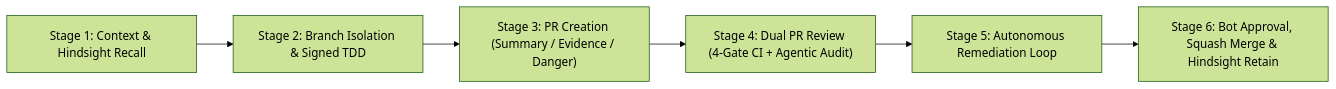
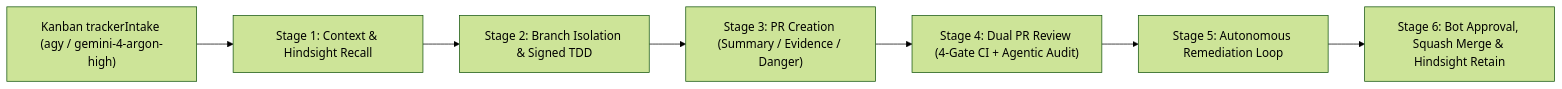
One commit to TinkeringDao/Woke-Bose changed the diagram in docs/agents/autonomous-pipeline.md. Above: the diagram before and after it, drawn with Mermaid (forest theme). The commit also changed other lines of this file and 1 other file, not shown here.

First line of the commit message:
fix(ci): enforce reviewThreads gate and parameterize Hindsight URL (#8)

````diff
--- a/docs/agents/autonomous-pipeline.md
+++ b/docs/agents/autonomous-pipeline.md
@@ -5,8 +5,9 @@
 ```mermaid
 flowchart LR
-    S1["Stage 1: Context & Hindsight Recall"] --> S2["Stage 2: Branch Isolation & Signed TDD"]
+    TI["Kanban trackerIntake (agy / gemini-4-argon-high)"] --> S1["Stage 1: Context & Hindsight Recall"]
+    S1 --> S2["Stage 2: Branch Isolation & Signed TDD"]
     S2 --> S3["Stage 3: PR Creation (Summary / Evidence / Danger)"]
     S3 --> S4["Stage 4: Dual PR Review (4-Gate CI + Agentic Audit)"]
     S4 --> S5["Stage 5: Autonomous Remediation Loop"]
     S5 --> S6["Stage 6: Bot Approval, Squash Merge & Hindsight Retain"]
 ```
````
